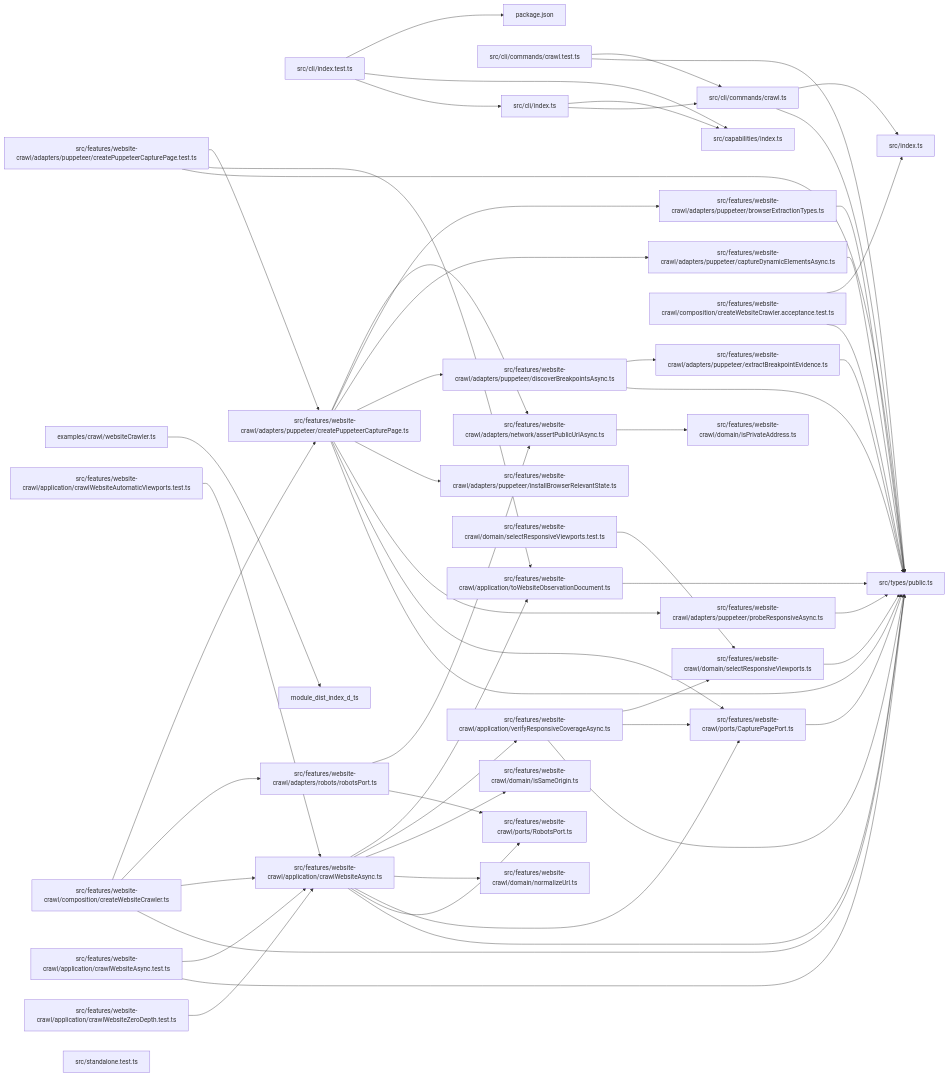
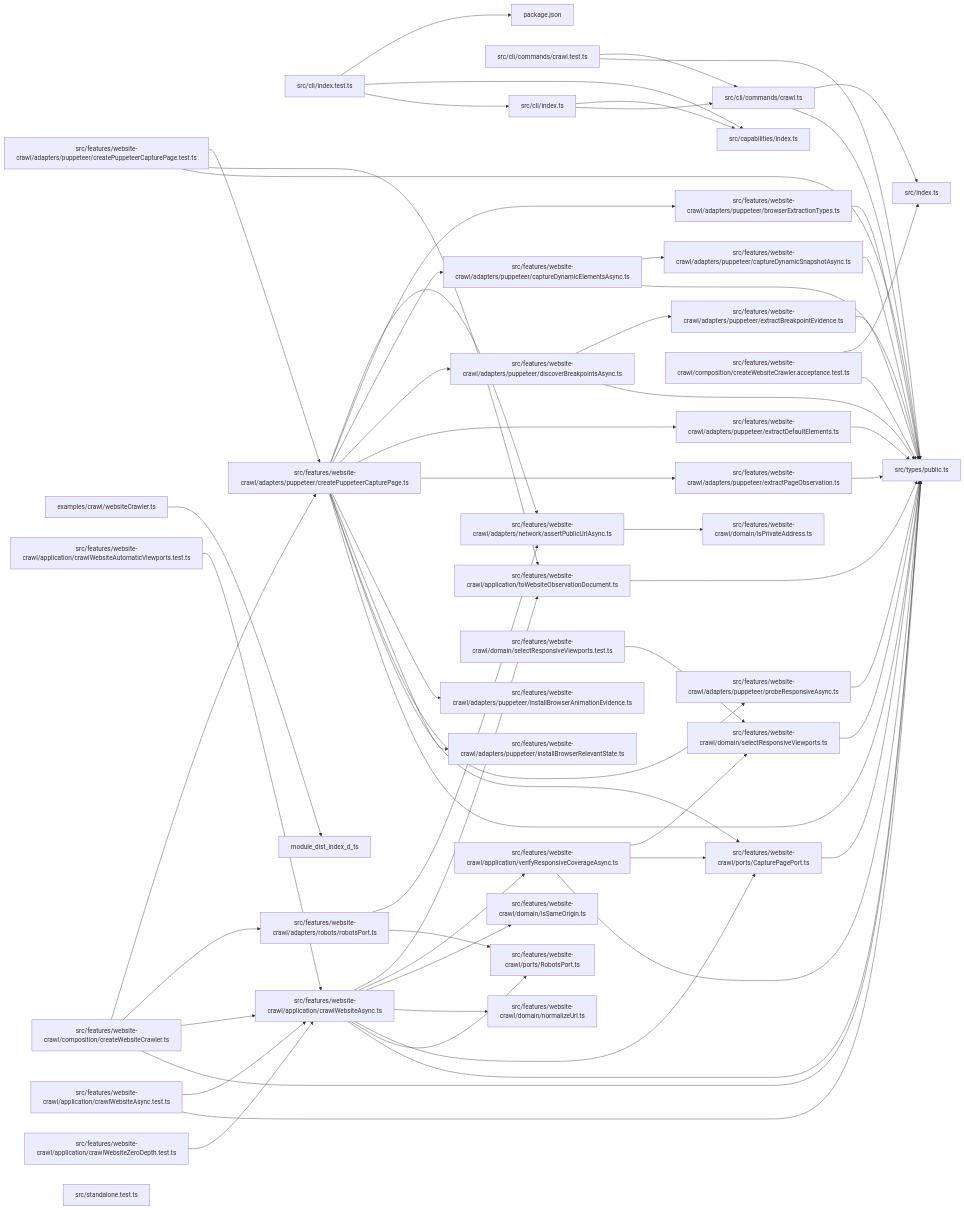
One commit to ankhorage/scraper changed the diagram in paradox/diagrams/module-relationships.mmd. Above: the diagram before and after it, drawn with Mermaid. The commit also changed 12 other files, not shown here.

```diff
--- a/paradox/diagrams/module-relationships.mmd
+++ b/paradox/diagrams/module-relationships.mmd
@@ -1,90 +1,101 @@
 graph LR
   module_examples_crawl_websiteCrawler_ts["examples/crawl/websiteCrawler.ts"]
   module_package_json["package.json"]
   module_src_capabilities_index_ts["src/capabilities/index.ts"]
   module_src_cli_commands_crawl_test_ts["src/cli/commands/crawl.test.ts"]
   module_src_cli_commands_crawl_ts["src/cli/commands/crawl.ts"]
   module_src_cli_index_test_ts["src/cli/index.test.ts"]
   module_src_cli_index_ts["src/cli/index.ts"]
   module_src_features_website_crawl_adapters_network_assertPublicUrlAsync_ts["src/features/website-crawl/adapters/network/assertPublicUrlAsync.ts"]
   module_src_features_website_crawl_adapters_puppeteer_browserExtractionTypes_ts["src/features/website-crawl/adapters/puppeteer/browserExtractionTypes.ts"]
   module_src_features_website_crawl_adapters_puppeteer_captureDynamicElementsAsync_ts["src/features/website-crawl/adapters/puppeteer/captureDynamicElementsAsync.ts"]
+  module_src_features_website_crawl_adapters_puppeteer_captureDynamicSnapshotAsync_ts["src/features/website-crawl/adapters/puppeteer/captureDynamicSnapshotAsync.ts"]
   module_src_features_website_crawl_adapters_puppeteer_createPuppeteerCapturePage_test_ts["src/features/website-crawl/adapters/puppeteer/createPuppeteerCapturePage.test.ts"]
   module_src_features_website_crawl_adapters_puppeteer_createPuppeteerCapturePage_ts["src/features/website-crawl/adapters/puppeteer/createPuppeteerCapturePage.ts"]
   module_src_features_website_crawl_adapters_puppeteer_discoverBreakpointsAsync_ts["src/features/website-crawl/adapters/puppeteer/discoverBreakpointsAsync.ts"]
   module_src_features_website_crawl_adapters_puppeteer_extractBreakpointEvidence_ts["src/features/website-crawl/adapters/puppeteer/extractBreakpointEvidence.ts"]
+  module_src_features_website_crawl_adapters_puppeteer_extractDefaultElements_ts["src/features/website-crawl/adapters/puppeteer/extractDefaultElements.ts"]
+  module_src_features_website_crawl_adapters_puppeteer_extractPageObservation_ts["src/features/website-crawl/adapters/puppeteer/extractPageObservation.ts"]
+  module_src_features_website_crawl_adapters_puppeteer_installBrowserAnimationEvidence_ts["src/features/website-crawl/adapters/puppeteer/installBrowserAnimationEvidence.ts"]
   module_src_features_website_crawl_adapters_puppeteer_installBrowserRelevantState_ts["src/features/website-crawl/adapters/puppeteer/installBrowserRelevantState.ts"]
   module_src_features_website_crawl_adapters_puppeteer_probeResponsiveAsync_ts["src/features/website-crawl/adapters/puppeteer/probeResponsiveAsync.ts"]
   module_src_features_website_crawl_adapters_robots_robotsPort_ts["src/features/website-crawl/adapters/robots/robotsPort.ts"]
   module_src_features_website_crawl_application_crawlWebsiteAsync_test_ts["src/features/website-crawl/application/crawlWebsiteAsync.test.ts"]
   module_src_features_website_crawl_application_crawlWebsiteAsync_ts["src/features/website-crawl/application/crawlWebsiteAsync.ts"]
   module_src_features_website_crawl_application_crawlWebsiteAutomaticViewports_test_ts["src/features/website-crawl/application/crawlWebsiteAutomaticViewports.test.ts"]
   module_src_features_website_crawl_application_crawlWebsiteZeroDepth_test_ts["src/features/website-crawl/application/crawlWebsiteZeroDepth.test.ts"]
   module_src_features_website_crawl_application_toWebsiteObservationDocument_ts["src/features/website-crawl/application/toWebsiteObservationDocument.ts"]
   module_src_features_website_crawl_application_verifyResponsiveCoverageAsync_ts["src/features/website-crawl/application/verifyResponsiveCoverageAsync.ts"]
   module_src_features_website_crawl_composition_createWebsiteCrawler_acceptance_test_ts["src/features/website-crawl/composition/createWebsiteCrawler.acceptance.test.ts"]
   module_src_features_website_crawl_composition_createWebsiteCrawler_ts["src/features/website-crawl/composition/createWebsiteCrawler.ts"]
   module_src_features_website_crawl_domain_isPrivateAddress_ts["src/features/website-crawl/domain/isPrivateAddress.ts"]
   module_src_features_website_crawl_domain_isSameOrigin_ts["src/features/website-crawl/domain/isSameOrigin.ts"]
   module_src_features_website_crawl_domain_normalizeUrl_ts["src/features/website-crawl/domain/normalizeUrl.ts"]
   module_src_features_website_crawl_domain_selectResponsiveViewports_test_ts["src/features/website-crawl/domain/selectResponsiveViewports.test.ts"]
   module_src_features_website_crawl_domain_selectResponsiveViewports_ts["src/features/website-crawl/domain/selectResponsiveViewports.ts"]
   module_src_features_website_crawl_ports_CapturePagePort_ts["src/features/website-crawl/ports/CapturePagePort.ts"]
   module_src_features_website_crawl_ports_RobotsPort_ts["src/features/website-crawl/ports/RobotsPort.ts"]
   module_src_index_ts["src/index.ts"]
   module_src_standalone_test_ts["src/standalone.test.ts"]
   module_src_types_public_ts["src/types/public.ts"]
   module_examples_crawl_websiteCrawler_ts --> module_dist_index_d_ts
   module_src_cli_commands_crawl_test_ts --> module_src_cli_commands_crawl_ts
   module_src_cli_commands_crawl_test_ts --> module_src_types_public_ts
   module_src_cli_commands_crawl_ts --> module_src_index_ts
   module_src_cli_commands_crawl_ts --> module_src_types_public_ts
   module_src_cli_index_test_ts --> module_package_json
   module_src_cli_index_test_ts --> module_src_capabilities_index_ts
   module_src_cli_index_test_ts --> module_src_cli_index_ts
   module_src_cli_index_ts --> module_src_capabilities_index_ts
   module_src_cli_index_ts --> module_src_cli_commands_crawl_ts
   module_src_features_website_crawl_adapters_network_assertPublicUrlAsync_ts --> module_src_features_website_crawl_domain_isPrivateAddress_ts
   module_src_features_website_crawl_adapters_puppeteer_browserExtractionTypes_ts --> module_src_types_public_ts
+  module_src_features_website_crawl_adapters_puppeteer_captureDynamicElementsAsync_ts --> module_src_features_website_crawl_adapters_puppeteer_captureDynamicSnapshotAsync_ts
   module_src_features_website_crawl_adapters_puppeteer_captureDynamicElementsAsync_ts --> module_src_types_public_ts
+  module_src_features_website_crawl_adapters_puppeteer_captureDynamicSnapshotAsync_ts --> module_src_types_public_ts
   module_src_features_website_crawl_adapters_puppeteer_createPuppeteerCapturePage_test_ts --> module_src_features_website_crawl_adapters_puppeteer_createPuppeteerCapturePage_ts
   module_src_features_website_crawl_adapters_puppeteer_createPuppeteerCapturePage_test_ts --> module_src_features_website_crawl_application_toWebsiteObservationDocument_ts
   module_src_features_website_crawl_adapters_puppeteer_createPuppeteerCapturePage_test_ts --> module_src_types_public_ts
   module_src_features_website_crawl_adapters_puppeteer_createPuppeteerCapturePage_ts --> module_src_features_website_crawl_adapters_network_assertPublicUrlAsync_ts
   module_src_features_website_crawl_adapters_puppeteer_createPuppeteerCapturePage_ts --> module_src_features_website_crawl_adapters_puppeteer_browserExtractionTypes_ts
   module_src_features_website_crawl_adapters_puppeteer_createPuppeteerCapturePage_ts --> module_src_features_website_crawl_adapters_puppeteer_captureDynamicElementsAsync_ts
   module_src_features_website_crawl_adapters_puppeteer_createPuppeteerCapturePage_ts --> module_src_features_website_crawl_adapters_puppeteer_discoverBreakpointsAsync_ts
+  module_src_features_website_crawl_adapters_puppeteer_createPuppeteerCapturePage_ts --> module_src_features_website_crawl_adapters_puppeteer_extractDefaultElements_ts
+  module_src_features_website_crawl_adapters_puppeteer_createPuppeteerCapturePage_ts --> module_src_features_website_crawl_adapters_puppeteer_extractPageObservation_ts
+  module_src_features_website_crawl_adapters_puppeteer_createPuppeteerCapturePage_ts --> module_src_features_website_crawl_adapters_puppeteer_installBrowserAnimationEvidence_ts
   module_src_features_website_crawl_adapters_puppeteer_createPuppeteerCapturePage_ts --> module_src_features_website_crawl_adapters_puppeteer_installBrowserRelevantState_ts
   module_src_features_website_crawl_adapters_puppeteer_createPuppeteerCapturePage_ts --> module_src_features_website_crawl_adapters_puppeteer_probeResponsiveAsync_ts
   module_src_features_website_crawl_adapters_puppeteer_createPuppeteerCapturePage_ts --> module_src_features_website_crawl_ports_CapturePagePort_ts
   module_src_features_website_crawl_adapters_puppeteer_createPuppeteerCapturePage_ts --> module_src_types_public_ts
   module_src_features_website_crawl_adapters_puppeteer_discoverBreakpointsAsync_ts --> module_src_features_website_crawl_adapters_puppeteer_extractBreakpointEvidence_ts
   module_src_features_website_crawl_adapters_puppeteer_discoverBreakpointsAsync_ts --> module_src_types_public_ts
   module_src_features_website_crawl_adapters_puppeteer_extractBreakpointEvidence_ts --> module_src_types_public_ts
+  module_src_features_website_crawl_adapters_puppeteer_extractDefaultElements_ts --> module_src_types_public_ts
+  module_src_features_website_crawl_adapters_puppeteer_extractPageObservation_ts --> module_src_types_public_ts
   module_src_features_website_crawl_adapters_puppeteer_probeResponsiveAsync_ts --> module_src_types_public_ts
   module_src_features_website_crawl_adapters_robots_robotsPort_ts --> module_src_features_website_crawl_adapters_network_assertPublicUrlAsync_ts
   module_src_features_website_crawl_adapters_robots_robotsPort_ts --> module_src_features_website_crawl_ports_RobotsPort_ts
   module_src_features_website_crawl_application_crawlWebsiteAsync_test_ts --> module_src_features_website_crawl_application_crawlWebsiteAsync_ts
   module_src_features_website_crawl_application_crawlWebsiteAsync_test_ts --> module_src_types_public_ts
   module_src_features_website_crawl_application_crawlWebsiteAsync_ts --> module_src_features_website_crawl_application_toWebsiteObservationDocument_ts
   module_src_features_website_crawl_application_crawlWebsiteAsync_ts --> module_src_features_website_crawl_application_verifyResponsiveCoverageAsync_ts
   module_src_features_website_crawl_application_crawlWebsiteAsync_ts --> module_src_features_website_crawl_domain_isSameOrigin_ts
   module_src_features_website_crawl_application_crawlWebsiteAsync_ts --> module_src_features_website_crawl_domain_normalizeUrl_ts
   module_src_features_website_crawl_application_crawlWebsiteAsync_ts --> module_src_features_website_crawl_ports_CapturePagePort_ts
   module_src_features_website_crawl_application_crawlWebsiteAsync_ts --> module_src_features_website_crawl_ports_RobotsPort_ts
   module_src_features_website_crawl_application_crawlWebsiteAsync_ts --> module_src_types_public_ts
   module_src_features_website_crawl_application_crawlWebsiteAutomaticViewports_test_ts --> module_src_features_website_crawl_application_crawlWebsiteAsync_ts
   module_src_features_website_crawl_application_crawlWebsiteZeroDepth_test_ts --> module_src_features_website_crawl_application_crawlWebsiteAsync_ts
   module_src_features_website_crawl_application_toWebsiteObservationDocument_ts --> module_src_types_public_ts
   module_src_features_website_crawl_application_verifyResponsiveCoverageAsync_ts --> module_src_features_website_crawl_domain_selectResponsiveViewports_ts
   module_src_features_website_crawl_application_verifyResponsiveCoverageAsync_ts --> module_src_features_website_crawl_ports_CapturePagePort_ts
   module_src_features_website_crawl_application_verifyResponsiveCoverageAsync_ts --> module_src_types_public_ts
   module_src_features_website_crawl_composition_createWebsiteCrawler_acceptance_test_ts --> module_src_index_ts
   module_src_features_website_crawl_composition_createWebsiteCrawler_acceptance_test_ts --> module_src_types_public_ts
   module_src_features_website_crawl_composition_createWebsiteCrawler_ts --> module_src_features_website_crawl_adapters_puppeteer_createPuppeteerCapturePage_ts
   module_src_features_website_crawl_composition_createWebsiteCrawler_ts --> module_src_features_website_crawl_adapters_robots_robotsPort_ts
   module_src_features_website_crawl_composition_createWebsiteCrawler_ts --> module_src_features_website_crawl_application_crawlWebsiteAsync_ts
   module_src_features_website_crawl_composition_createWebsiteCrawler_ts --> module_src_types_public_ts
   module_src_features_website_crawl_domain_selectResponsiveViewports_test_ts --> module_src_features_website_crawl_domain_selectResponsiveViewports_ts
   module_src_features_website_crawl_domain_selectResponsiveViewports_ts --> module_src_types_public_ts
   module_src_features_website_crawl_ports_CapturePagePort_ts --> module_src_types_public_ts
```
